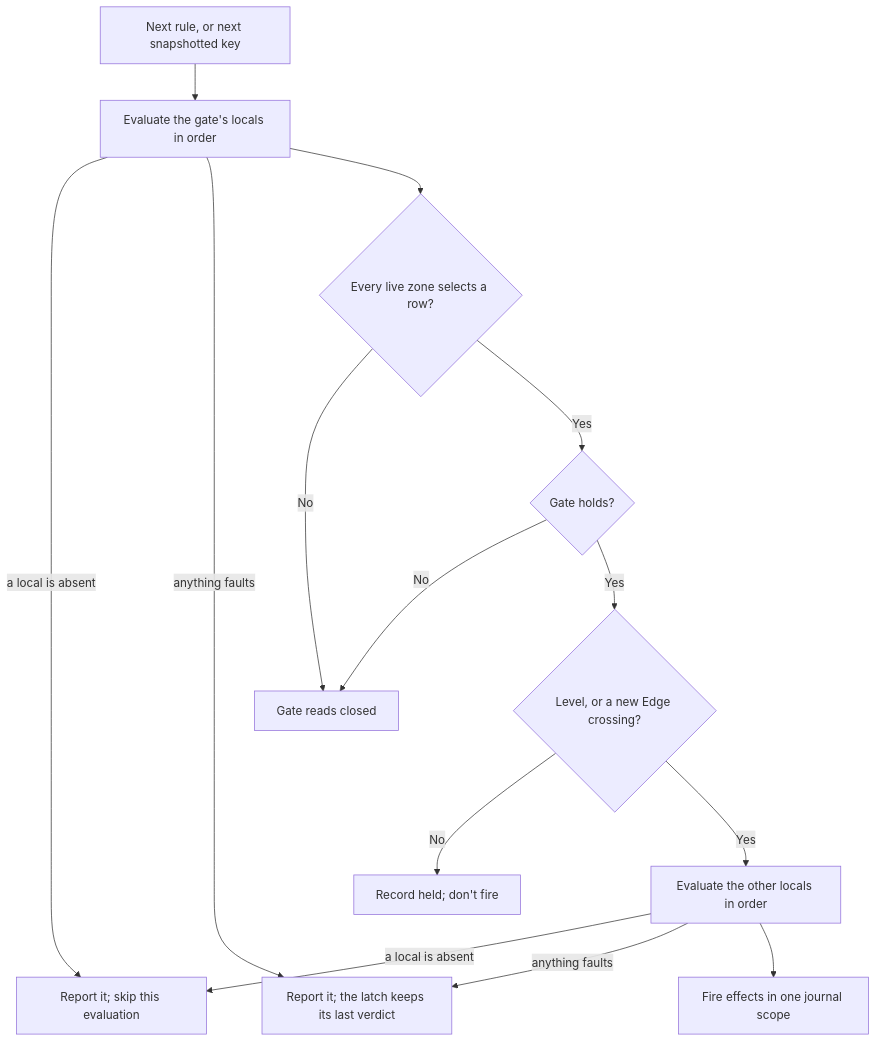
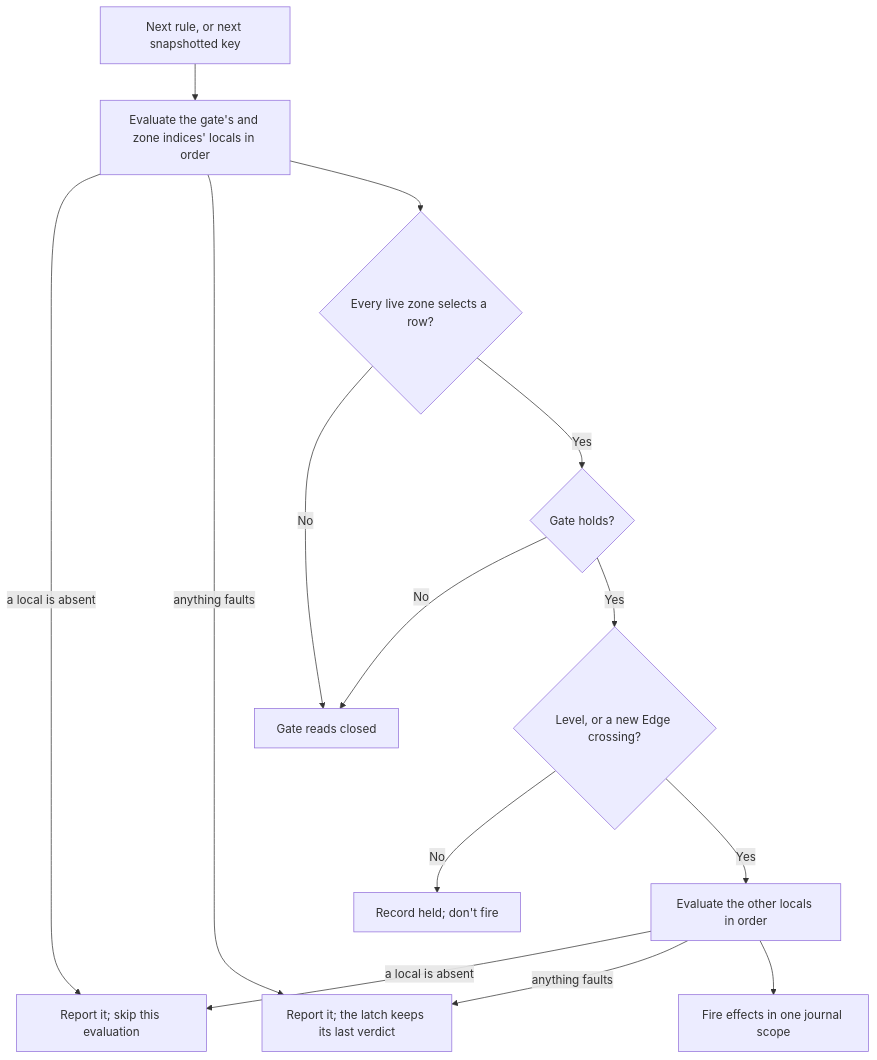
One commit to ByteTerrace/Puck changed the first of 2 diagrams in docs/reference/state/rules.md. Above: the diagram before and after it, drawn with Mermaid. The commit also changed other lines of this file and 7 other files, not shown here.

````diff
--- a/docs/reference/state/rules.md
+++ b/docs/reference/state/rules.md
@@ -232,16 +232,16 @@
 ```mermaid
 flowchart TD
-    Start["Next rule, or next snapshotted key"] --> Locals["Evaluate the gate's locals in order"]
+    Start["Next rule, or next snapshotted key"] --> Locals["Evaluate the gate's and zone indices' locals in order"]
     Locals -->|a local is absent| Idle["Report it; skip this evaluation"]
     Locals -->|anything faults| Hold["Report it; the latch keeps its last verdict"]
     Locals --> Zones{"Every live zone selects a row?"}
     Zones -- No --> Closed["Gate reads closed"]
     Zones -- Yes --> Gate{"Gate holds?"}
     Gate -- No --> Closed
     Gate -- Yes --> Mode{"Level, or a new Edge crossing?"}
     Mode -- No --> Held["Record held; don't fire"]
     Mode -- Yes --> Deferred["Evaluate the other locals in order"]
     Deferred -->|a local is absent| Idle
     Deferred -->|anything faults| Hold
     Deferred --> Fire["Fire effects in one journal scope"]
 ```
````
